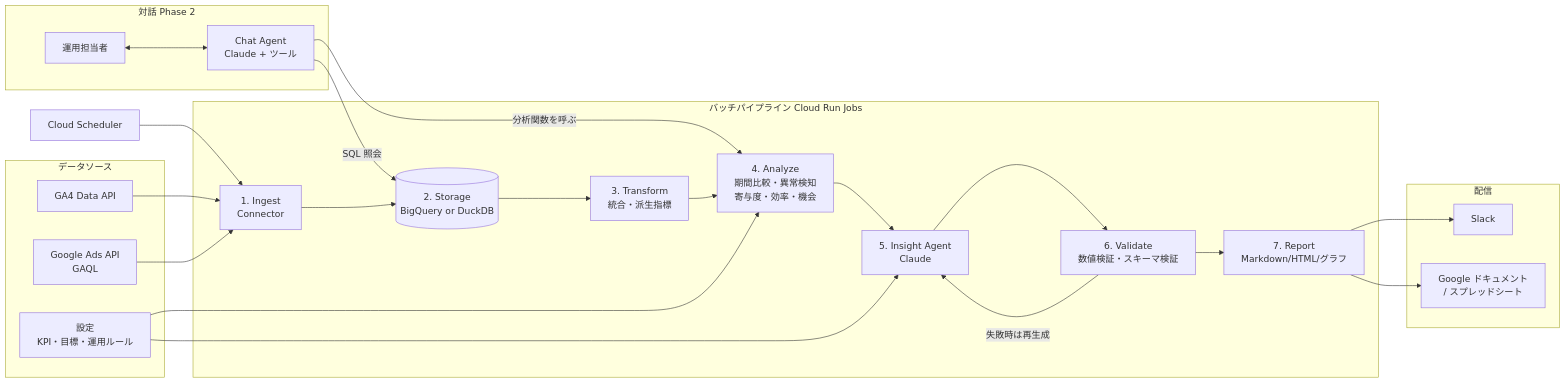
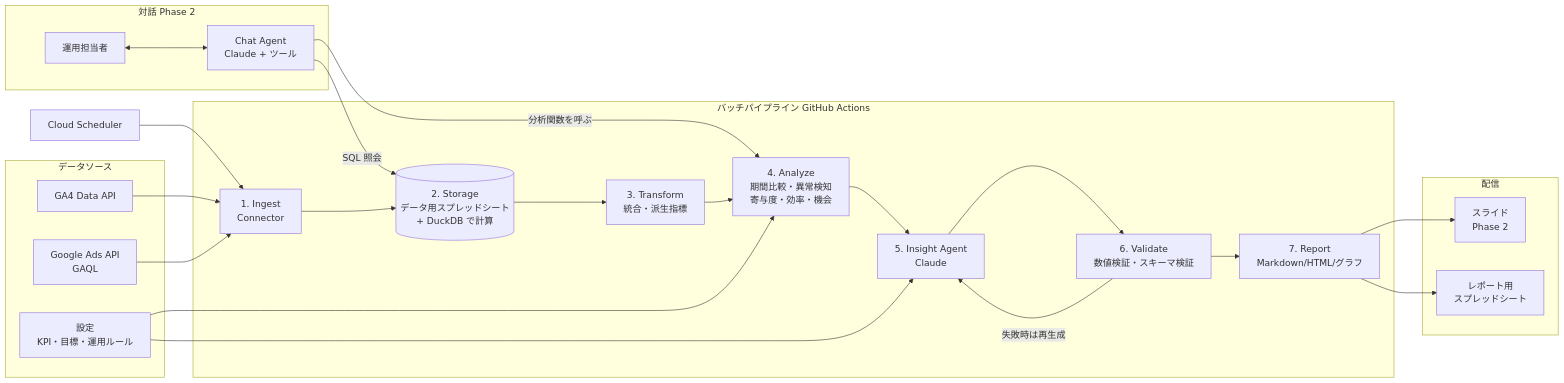
One commit to first-partner/RSSHub changed the first of 2 diagrams in ads-analytics-agent/docs/02_architecture.md. Above: the diagram before and after it, drawn with Mermaid. The commit also changed other lines of this file and 5 other files, not shown here.

````diff
--- a/ads-analytics-agent/docs/02_architecture.md
+++ b/ads-analytics-agent/docs/02_architecture.md
@@ -12,41 +12,41 @@
 ```mermaid
 flowchart LR
     subgraph Sources[データソース]
         GA4[GA4 Data API]
         ADS[Google Ads API<br/>GAQL]
         CFG[設定<br/>KPI・目標・運用ルール]
     end
 
-    subgraph Pipeline[バッチパイプライン Cloud Run Jobs]
+    subgraph Pipeline[バッチパイプライン GitHub Actions]
         ING[1. Ingest<br/>Connector]
-        STG[(2. Storage<br/>BigQuery or DuckDB)]
+        STG[(2. Storage<br/>データ用スプレッドシート<br/>+ DuckDB で計算)]
         MART[3. Transform<br/>統合・派生指標]
         ANA[4. Analyze<br/>期間比較・異常検知<br/>寄与度・効率・機会]
         INS[5. Insight Agent<br/>Claude]
         VAL[6. Validate<br/>数値検証・スキーマ検証]
         RPT[7. Report<br/>Markdown/HTML/グラフ]
     end
 
     subgraph Delivery[配信]
-        SLK[Slack]
-        DOC[Google ドキュメント<br/>/ スプレッドシート]
+        SLK[スライド<br/>Phase 2]
+        DOC[レポート用<br/>スプレッドシート]
     end
 
     subgraph Chat[対話 Phase 2]
         USER[運用担当者]
         CA[Chat Agent<br/>Claude + ツール]
     end
 
     SCH[Cloud Scheduler] --> ING
     GA4 --> ING
     ADS --> ING
     ING --> STG --> MART --> ANA --> INS --> VAL --> RPT
     CFG --> ANA
     CFG --> INS
     VAL -- 失敗時は再生成 --> INS
     RPT --> SLK
     RPT --> DOC
     USER <--> CA
     CA -- 分析関数を呼ぶ --> ANA
     CA -- SQL 照会 --> STG
 ```
````
